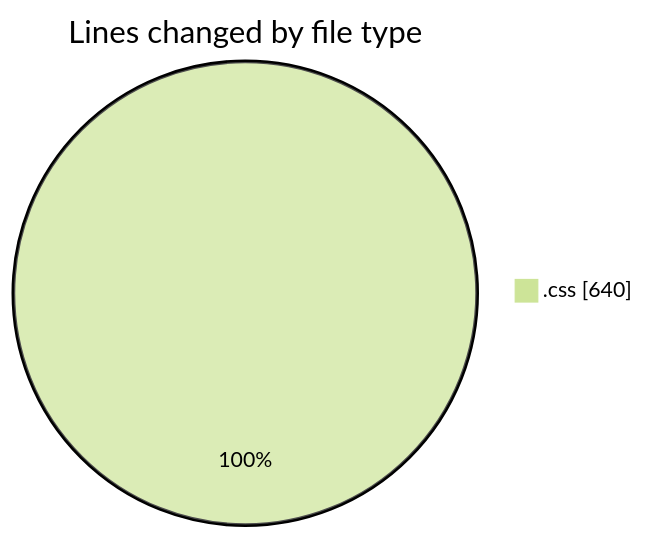
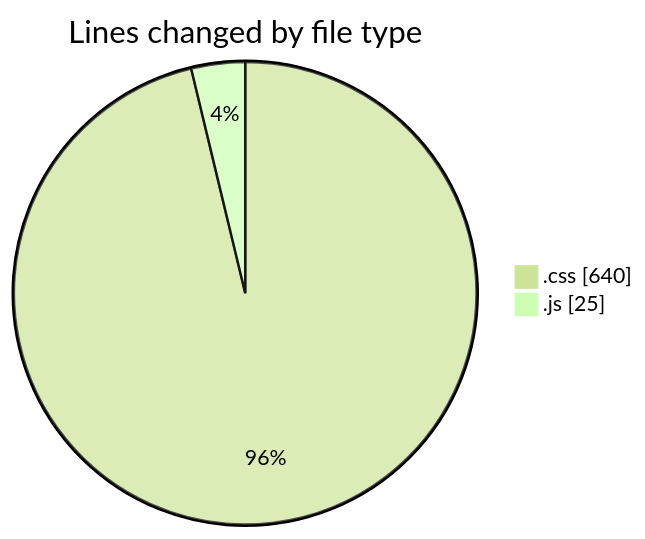
Before and after one commit to tmsrecording-cyber/code-tracking: the first of 2 diagrams in 2026-04-24/darkwire/README.md, drawn with Mermaid (forest theme). The commit also changed other lines of this file and 1 other file, not shown here.

````diff
--- a/2026-04-24/darkwire/README.md
+++ b/2026-04-24/darkwire/README.md
@@ -20,5 +21,6 @@
 ```mermaid
 pie showData
 title Lines changed by file type
 ".css" : 640
+".js" : 25
 ```
````
